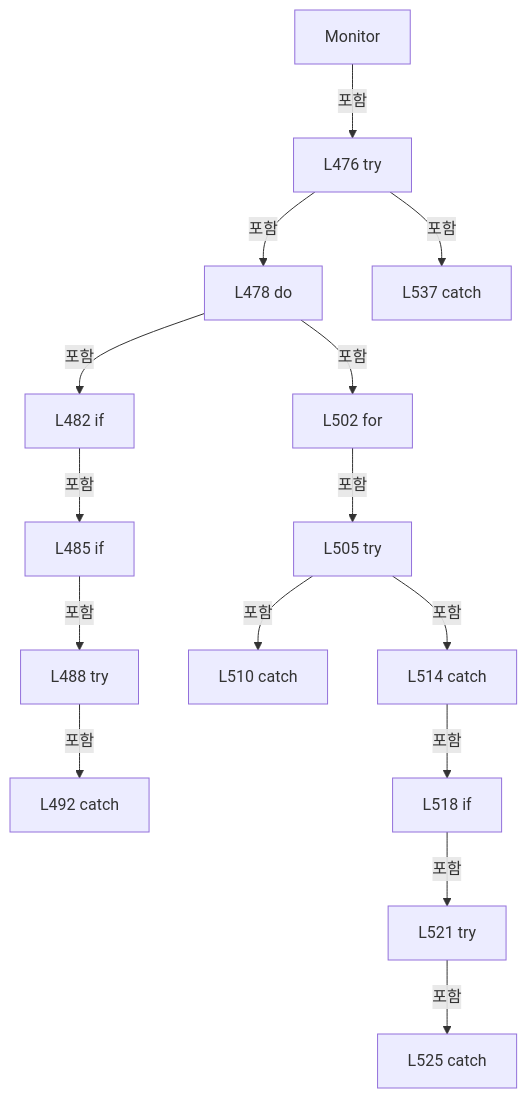
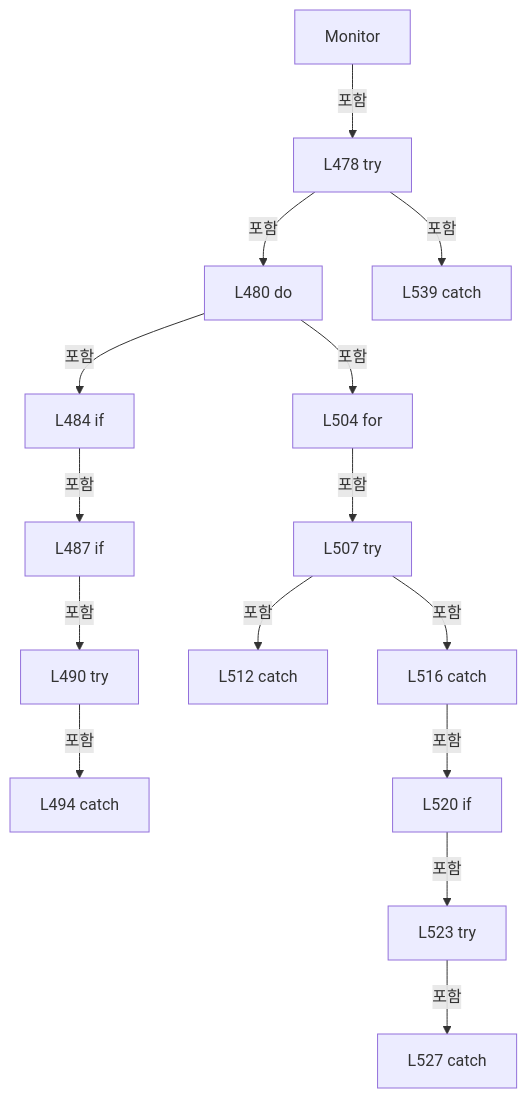
Diagram 18 of 21 in A3 LD Code Ref/files/Drilling.Common/Alarm/CAlarmManager.cs.md (kjuws10-rgb/Shared), drawn with Mermaid before and after one commit. The commit also changed other lines of this file and 2071 other files, not shown here.

Commit message:
docs(a3): update 11.19.0 architecture and code reference

````diff
--- a/A3 LD Code Ref/files/Drilling.Common/Alarm/CAlarmManager.cs.md
+++ b/A3 LD Code Ref/files/Drilling.Common/Alarm/CAlarmManager.cs.md
@@ -2505,32 +2505,32 @@
 ```mermaid
 flowchart TD
  M["Monitor"]
- N0["L476 try"]
+ N0["L478 try"]
  M -->|포함| N0
- N1["L478 do"]
+ N1["L480 do"]
  N0 -->|포함| N1
- N2["L482 if"]
+ N2["L484 if"]
  N1 -->|포함| N2
- N3["L485 if"]
+ N3["L487 if"]
  N2 -->|포함| N3
- N4["L488 try"]
+ N4["L490 try"]
  N3 -->|포함| N4
- N5["L492 catch"]
+ N5["L494 catch"]
  N4 -->|포함| N5
- N6["L502 for"]
+ N6["L504 for"]
  N1 -->|포함| N6
- N7["L505 try"]
+ N7["L507 try"]
  N6 -->|포함| N7
- N8["L510 catch"]
+ N8["L512 catch"]
  N7 -->|포함| N8
- N9["L514 catch"]
+ N9["L516 catch"]
  N7 -->|포함| N9
- N10["L518 if"]
+ N10["L520 if"]
  N9 -->|포함| N10
- N11["L521 try"]
+ N11["L523 try"]
  N10 -->|포함| N11
- N12["L525 catch"]
+ N12["L527 catch"]
  N11 -->|포함| N12
- N13["L537 catch"]
+ N13["L539 catch"]
  N0 -->|포함| N13
 ```
````
